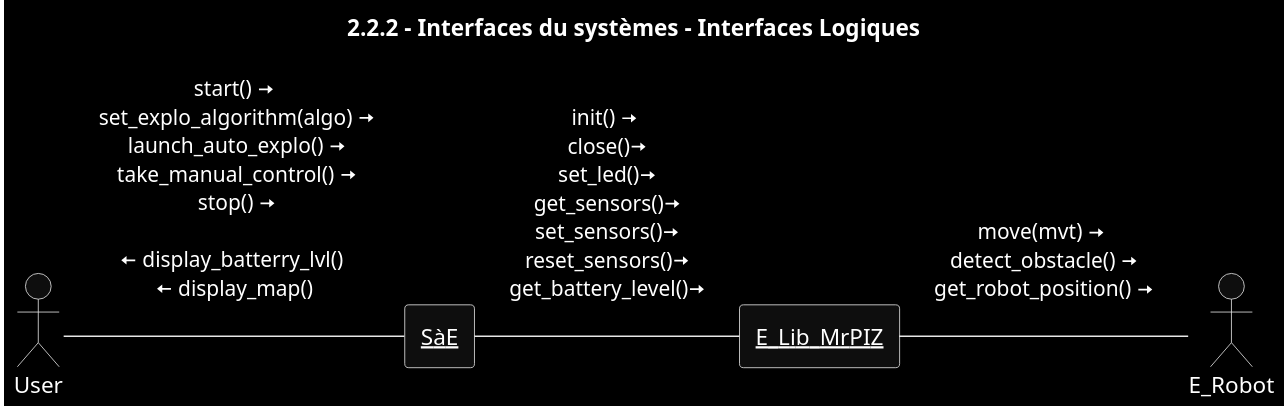
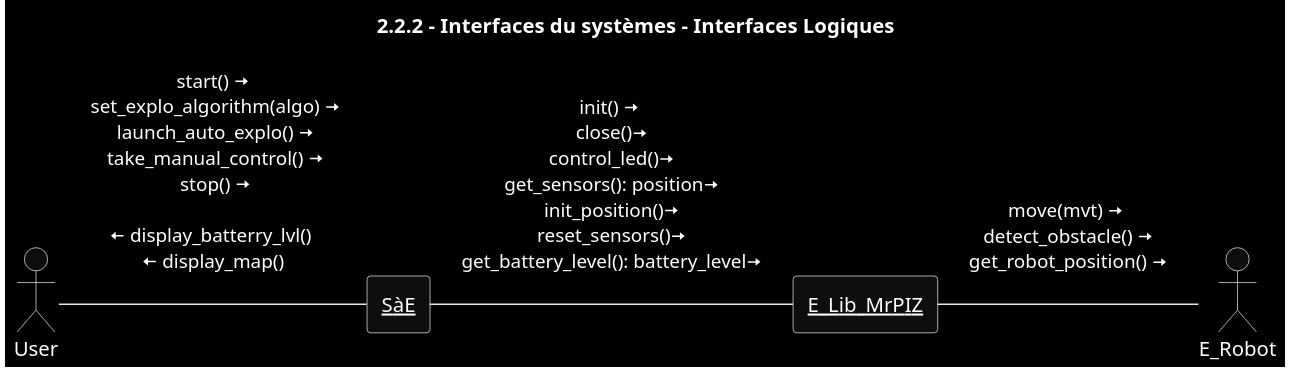
One commit to Larson-09/PATO_Project changed the diagram in Diagrammes UML/2.2.2 - Interfaces du systèmes - Interfaces Logiques/2.2.2 - Interfaces du systèmes - Interfaces Logiques.puml. Above: the diagram before and after it, drawn with PlantUML.

Commit message:
modifs Interfaces Logiques valeurs retournées

```diff
--- a/Diagrammes UML/2.2.2 - Interfaces du systèmes - Interfaces Logiques/2.2.2 - Interfaces du systèmes - Interfaces Logiques.puml
+++ b/Diagrammes UML/2.2.2 - Interfaces du systèmes - Interfaces Logiques/2.2.2 - Interfaces du systèmes - Interfaces Logiques.puml
@@ -1,18 +1,18 @@
 @startuml
 title 2.2.2 - Interfaces du systèmes - Interfaces Logiques
 skinparam shadowing false
 skinparam monochrome reverse
 scale 1024*768
 actor User as U
 actor E_Robot as P
 
 rectangle "<u>SàE</u>" as S{
 }
 rectangle "<u>E_Lib_MrPIZ</u>" as L{
 }
 
 
 U -right- S : start() <&arrow-right>\n set_explo_algorithm(algo) <&arrow-right>\n launch_auto_explo() <&arrow-right>\n take_manual_control() <&arrow-right>\n stop() <&arrow-right>\n \n<&arrow-left> display_batterry_lvl() \n <&arrow-left> display_map() \n
-S-right-L : init() <&arrow-right> \n close()<&arrow-right> \n set_led()<&arrow-right> \n get_sensors()<&arrow-right> \n set_sensors()<&arrow-right> \n reset_sensors()<&arrow-right> \n get_battery_level()<&arrow-right> \n
+S-right-L : init() <&arrow-right> \n close()<&arrow-right> \n control_led()<&arrow-right> \n get_sensors(): position<&arrow-right> \n init_position()<&arrow-right> \n reset_sensors()<&arrow-right> \n get_battery_level(): battery_level<&arrow-right> \n
 L-right-P : move(mvt) <&arrow-right> \n detect_obstacle() <&arrow-right> \n get_robot_position() <&arrow-right> \n
 @enduml
```
